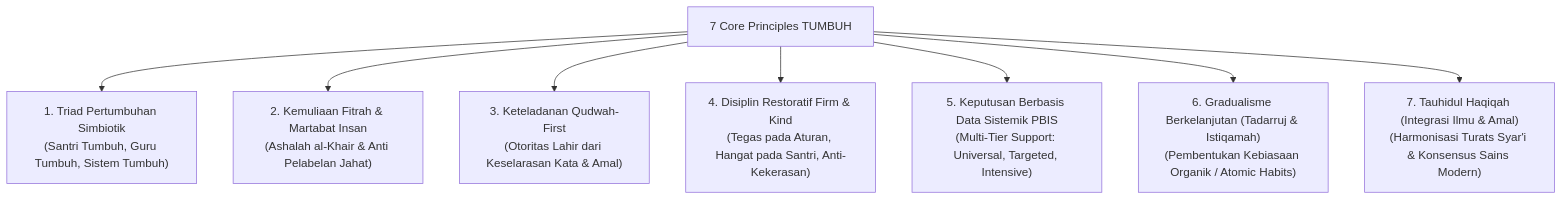
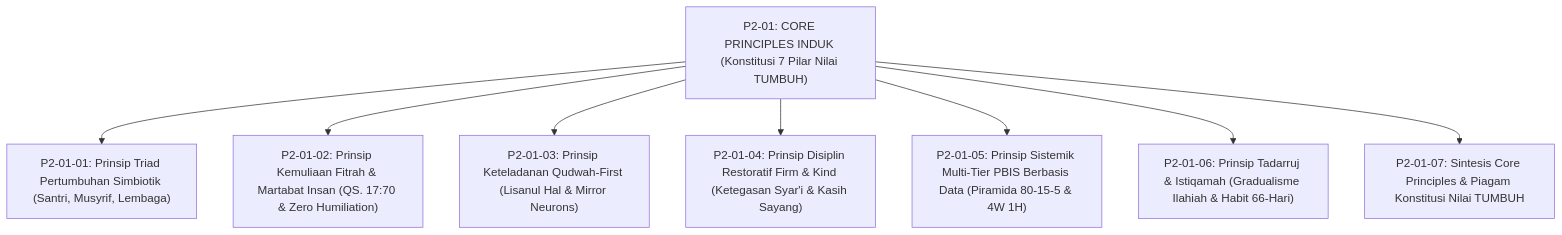
One commit to wandiapriliyandi/tumbuh changed the second of 3 diagrams in 02 Principles/01 Core Principles/P2-01-Prinsip-Utama-TUMBUH.md. Above: the diagram before and after it, drawn with Mermaid. The commit also changed other lines of this file and 9 other files, not shown here.

Commit message:
feat(principles): standarisasi 100% monograf terpadu Sub-Domain 01 Core Principles dan Piagam Konstitusi Nilai TUMBUH

````diff
--- a/02 Principles/01 Core Principles/P2-01-Prinsip-Utama-TUMBUH.md
+++ b/02 Principles/01 Core Principles/P2-01-Prinsip-Utama-TUMBUH.md
@@ -30,12 +71,12 @@
 ```mermaid
 graph TD
-    Core["7 Core Principles TUMBUH"]
+    Master["P2-01: CORE PRINCIPLES INDUK (Konstitusi 7 Pilar Nilai TUMBUH)"]
     
-    Core --> C1["1. Triad Pertumbuhan Simbiotik<br/>(Santri Tumbuh, Guru Tumbuh, Sistem Tumbuh)"]
-    Core --> C2["2. Kemuliaan Fitrah & Martabat Insan<br/>(Ashalah al-Khair & Anti Pelabelan Jahat)"]
-    Core --> C3["3. Keteladanan Qudwah-First<br/>(Otoritas Lahir dari Keselarasan Kata & Amal)"]
-    Core --> C4["4. Disiplin Restoratif Firm & Kind<br/>(Tegas pada Aturan, Hangat pada Santri, Anti-Kekerasan)"]
-    Core --> C5["5. Keputusan Berbasis Data Sistemik PBIS<br/>(Multi-Tier Support: Universal, Targeted, Intensive)"]
-    Core --> C6["6. Gradualisme Berkelanjutan (Tadarruj & Istiqamah)<br/>(Pembentukan Kebiasaan Organik / Atomic Habits)"]
-    Core --> C7["7. Tauhidul Haqiqah (Integrasi Ilmu & Amal)<br/>(Harmonisasi Turats Syar'i & Konsensus Sains Modern)"]
+    Master --> P1["P2-01-01: Prinsip Triad Pertumbuhan Simbiotik (Santri, Musyrif, Lembaga)"]
+    Master --> P2["P2-01-02: Prinsip Kemuliaan Fitrah & Martabat Insan (QS. 17:70 & Zero Humiliation)"]
+    Master --> P3["P2-01-03: Prinsip Keteladanan Qudwah-First (Lisanul Hal & Mirror Neurons)"]
+    Master --> P4["P2-01-04: Prinsip Disiplin Restoratif Firm & Kind (Ketegasan Syar'i & Kasih Sayang)"]
+    Master --> P5["P2-01-05: Prinsip Sistemik Multi-Tier PBIS Berbasis Data (Piramida 80-15-5 & 4W 1H)"]
+    Master --> P6["P2-01-06: Prinsip Tadarruj & Istiqamah (Gradualisme Ilahiah & Habit 66-Hari)"]
+    Master --> P7["P2-01-07: Sintesis Core Principles & Piagam Konstitusi Nilai TUMBUH"]
 ```
````
